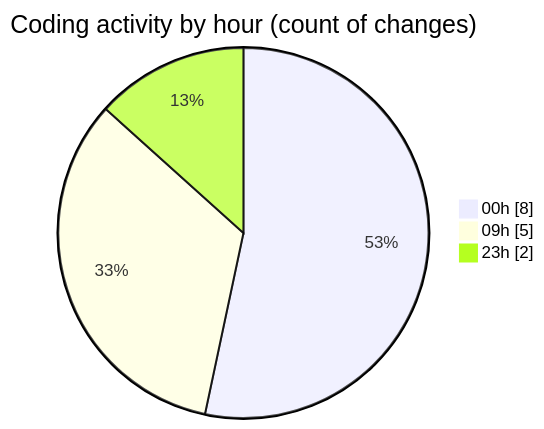
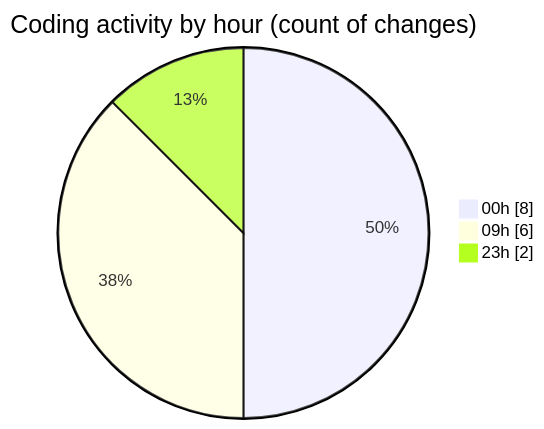
The second of 2 diagrams in 2025-12-18/cda/README.md (momahboobian/code-tracking), drawn with Mermaid before and after one commit. The commit also changed other lines of this file and 1 other file, not shown here.

````diff
--- a/2025-12-18/cda/README.md
+++ b/2025-12-18/cda/README.md
@@ -35,7 +35,7 @@
 ```mermaid
 pie showData
 title Coding activity by hour (count of changes)
 "00h" : 8
-"09h" : 5
+"09h" : 6
 "23h" : 2
 ```
````
